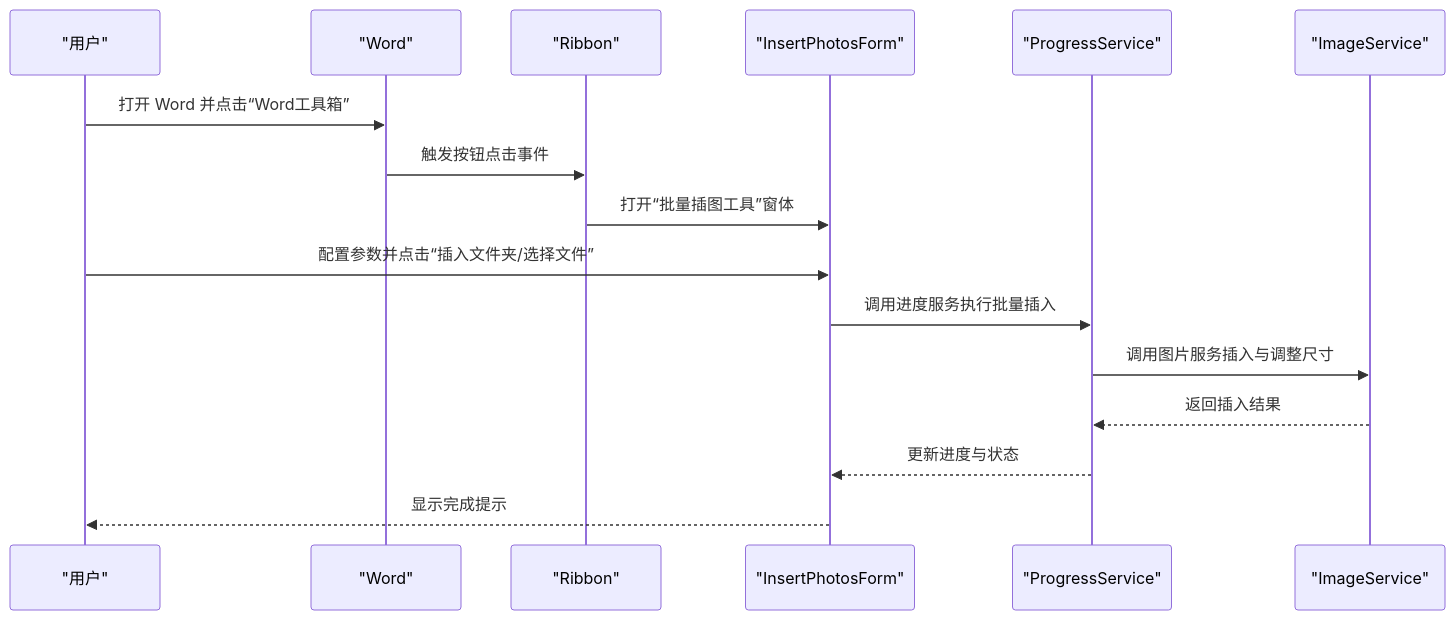
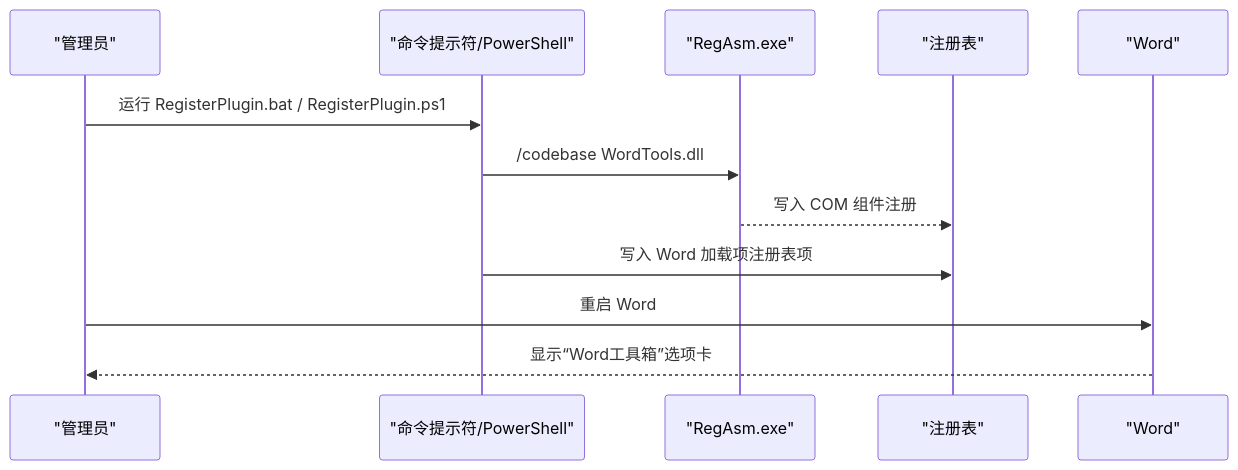
One commit to rainiva/WordTools changed the seventh of 9 diagrams in .qoder/repowiki/zh/content/快速开始.md. Above: the diagram before and after it, drawn with Mermaid. The commit also changed other lines of this file and 63 other files, not shown here.

First line of the commit message:
全面优化：代码质量修复、自动编号重构、插图性能优化

````diff
--- a/.qoder/repowiki/zh/content/快速开始.md
+++ b/.qoder/repowiki/zh/content/快速开始.md
@@ -135,18 +229,14 @@
 ```mermaid
 sequenceDiagram
-participant U as "用户"
-participant W as "Word"
-participant R as "Ribbon"
-participant F as "InsertPhotosForm"
-participant S as "ProgressService"
-participant I as "ImageService"
-U->>W : 打开 Word 并点击“Word工具箱”
-W->>R : 触发按钮点击事件
-R->>F : 打开“批量插图工具”窗体
-U->>F : 配置参数并点击“插入文件夹/选择文件”
-F->>S : 调用进度服务执行批量插入
-S->>I : 调用图片服务插入与调整尺寸
-I-->>S : 返回插入结果
-S-->>F : 更新进度与状态
-F-->>U : 显示完成提示
+participant Admin as "管理员"
+participant Cmd as "命令提示符/PowerShell"
+participant RegAsm as "RegAsm.exe"
+participant Reg as "注册表"
+participant Word as "Word"
+Admin->>Cmd : 运行 RegisterPlugin.bat / RegisterPlugin.ps1
+Cmd->>RegAsm : /codebase WordTools.dll
+RegAsm-->>Reg : 写入 COM 组件注册
+Cmd->>Reg : 写入 Word 加载项注册表项
+Admin->>Word : 重启 Word
+Word-->>Admin : 显示“Word工具箱”选项卡
 ```
````
